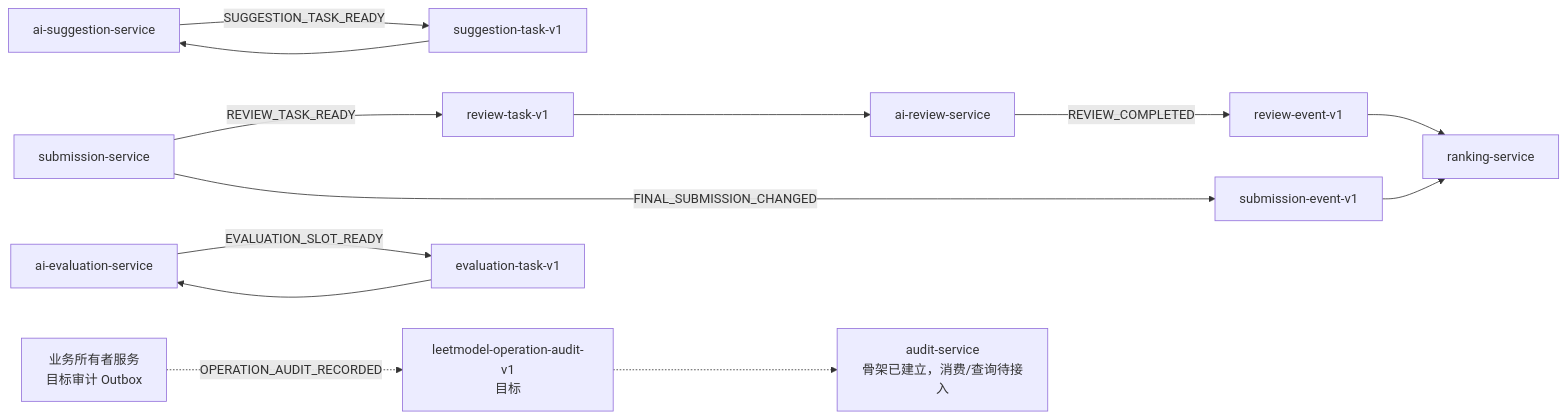
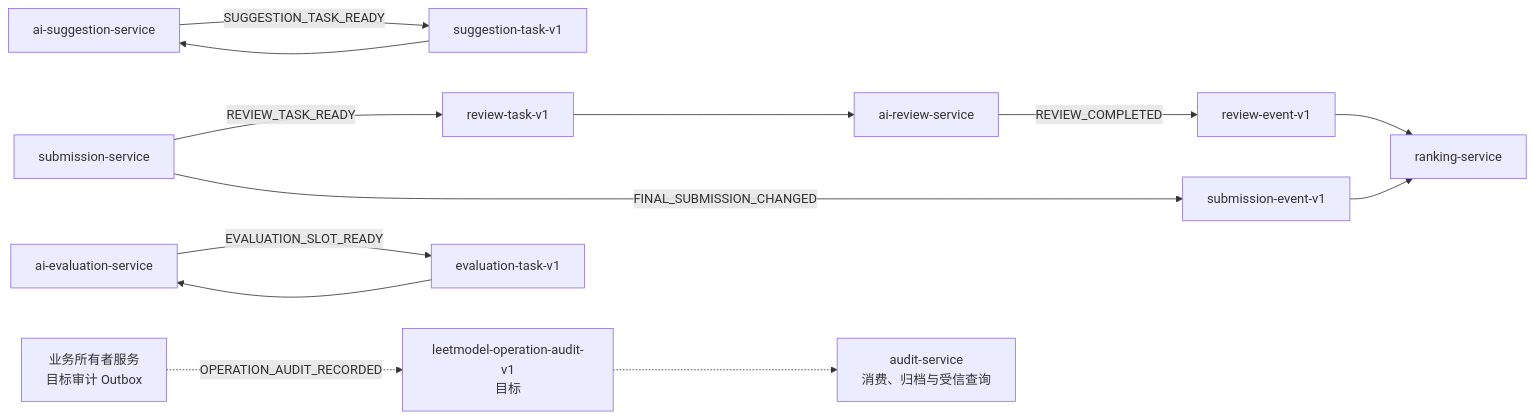
Before and after one commit to Dorian7Alden/LeetModel: the second of 4 diagrams in docs/project/02-架构设计/微服务架构.md, drawn with Mermaid. The commit also changed other lines of this file and 4 other files, not shown here.

````diff
--- a/docs/project/02-架构设计/微服务架构.md
+++ b/docs/project/02-架构设计/微服务架构.md
@@ -148,23 +148,23 @@
 ```mermaid
 flowchart LR
     SUBMISSION[submission-service]
     REVIEW_TOPIC[review-task-v1]
     SUBMISSION_EVENT[submission-event-v1]
     REVIEW[ai-review-service]
     REVIEW_EVENT[review-event-v1]
     SUGGESTION[ai-suggestion-service]
     SUGGESTION_TOPIC[suggestion-task-v1]
     EVALUATION[ai-evaluation-service]
     EVALUATION_TOPIC[evaluation-task-v1]
     RANKING[ranking-service]
     AUDIT_PRODUCERS[业务所有者服务<br/>目标审计 Outbox]
     AUDIT_TOPIC[leetmodel-operation-audit-v1<br/>目标]
-    AUDIT[audit-service<br/>骨架已建立，消费/查询待接入]
+    AUDIT[audit-service<br/>消费、归档与受信查询]
 
     SUBMISSION -->|REVIEW_TASK_READY| REVIEW_TOPIC --> REVIEW
     SUBMISSION -->|FINAL_SUBMISSION_CHANGED| SUBMISSION_EVENT --> RANKING
     REVIEW -->|REVIEW_COMPLETED| REVIEW_EVENT --> RANKING
     SUGGESTION -->|SUGGESTION_TASK_READY| SUGGESTION_TOPIC --> SUGGESTION
     EVALUATION -->|EVALUATION_SLOT_READY| EVALUATION_TOPIC --> EVALUATION
     AUDIT_PRODUCERS -.->|OPERATION_AUDIT_RECORDED| AUDIT_TOPIC -.-> AUDIT
 ```
````
